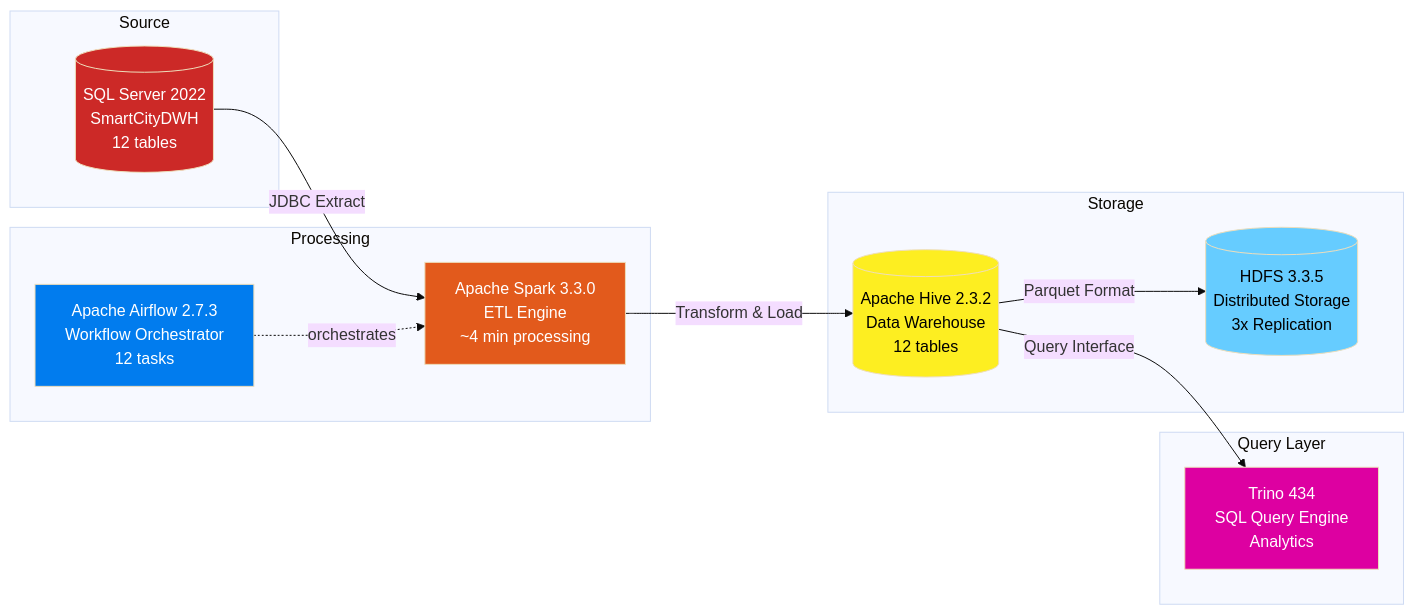
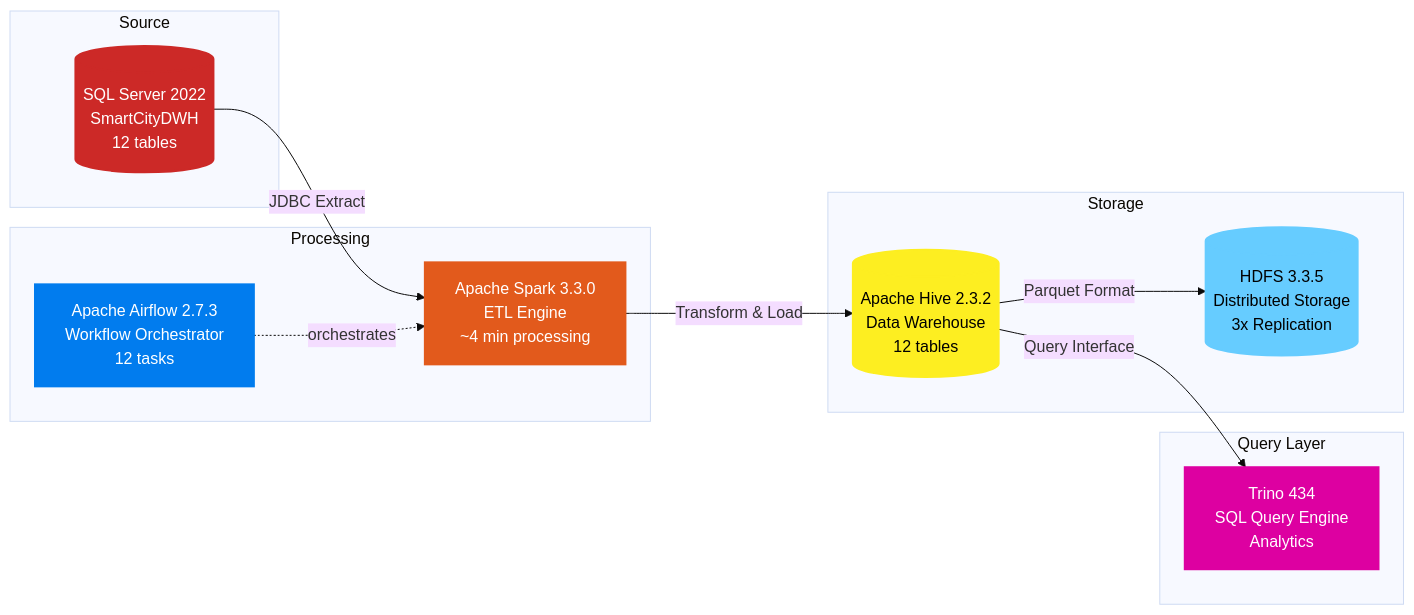
Before and after one commit to elewashy/DEPI: the first of 4 diagrams in Smart_City_Pipeline_2_Milestone_2/README.md, drawn with Mermaid (base theme). The commit also changed other lines of this file and 3 other files, not shown here.

````diff
--- a/Smart_City_Pipeline_2_Milestone_2/README.md
+++ b/Smart_City_Pipeline_2_Milestone_2/README.md
@@ -23,33 +23,33 @@
 ```mermaid
 flowchart LR
     subgraph "Source"
         SQL[(SQL Server 2022<br/>SmartCityDWH<br/>12 tables)]
     end
     
     subgraph "Processing"
         Spark[Apache Spark 3.3.0<br/>ETL Engine<br/>~4 min processing]
         Airflow[Apache Airflow 2.7.3<br/>Workflow Orchestrator<br/>12 tasks]
     end
     
     subgraph "Storage"
         HDFS[(HDFS 3.3.5<br/>Distributed Storage<br/>3x Replication)]
         Hive[(Apache Hive 2.3.2<br/>Data Warehouse<br/>12 tables)]
     end
     
     subgraph "Query Layer"
         Trino[Trino 434<br/>SQL Query Engine<br/>Analytics]
     end
     
     SQL -->|JDBC Extract| Spark
     Spark -->|Transform & Load| Hive
     Hive -->|Parquet Format| HDFS
     Hive -->|Query Interface| Trino
     Airflow -.orchestrates.-> Spark
 
-    style SQL fill:#CC2927,color:#fff
-    style Spark fill:#E25A1C,color:#fff
-    style Hive fill:#FDEE21,color:#000
-    style Trino fill:#DD00A1,color:#fff
-    style Airflow fill:#017CEE,color:#fff
-    style HDFS fill:#66CCFF,color:#000
+    style SQL fill:#CC2927,stroke:#CC2927,color:#fff,stroke-width:2px
+    style Spark fill:#E25A1C,stroke:#E25A1C,color:#fff,stroke-width:2px
+    style Hive fill:#FDEE21,stroke:#FDEE21,color:#000,stroke-width:2px
+    style Trino fill:#DD00A1,stroke:#DD00A1,color:#fff,stroke-width:2px
+    style Airflow fill:#017CEE,stroke:#017CEE,color:#fff,stroke-width:2px
+    style HDFS fill:#66CCFF,stroke:#66CCFF,color:#000,stroke-width:2px
 ```
````
